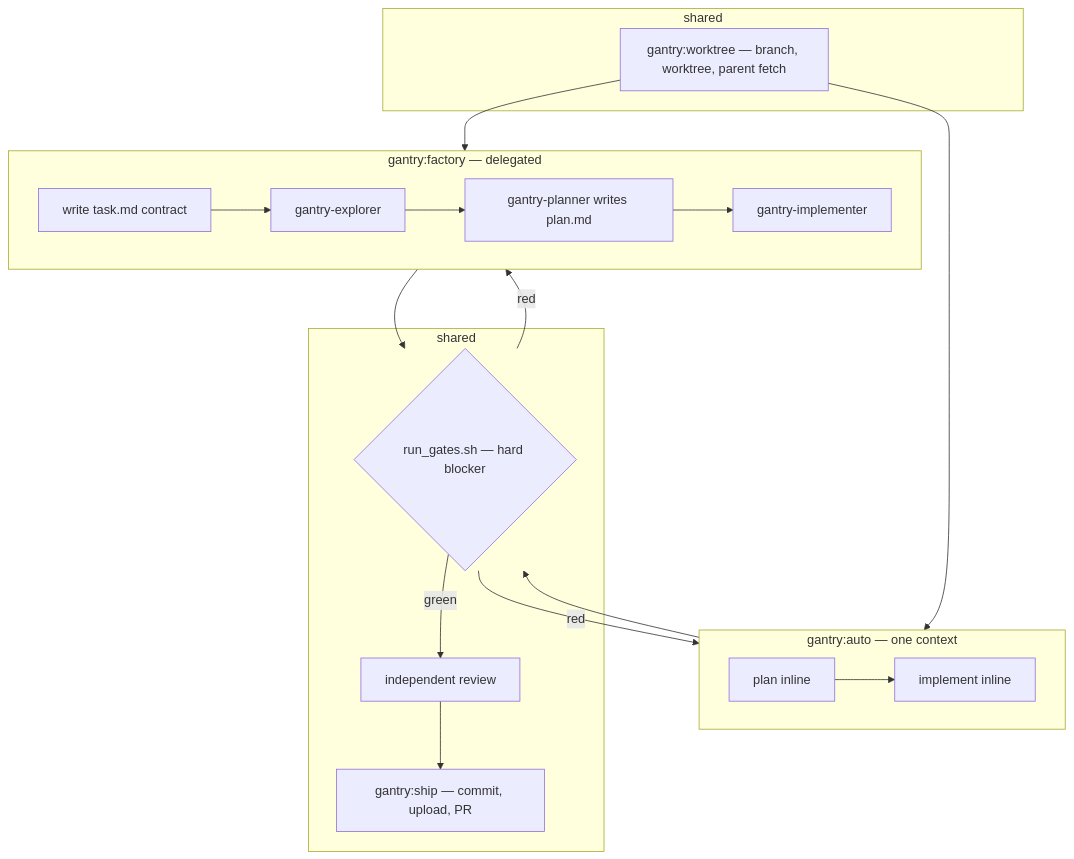
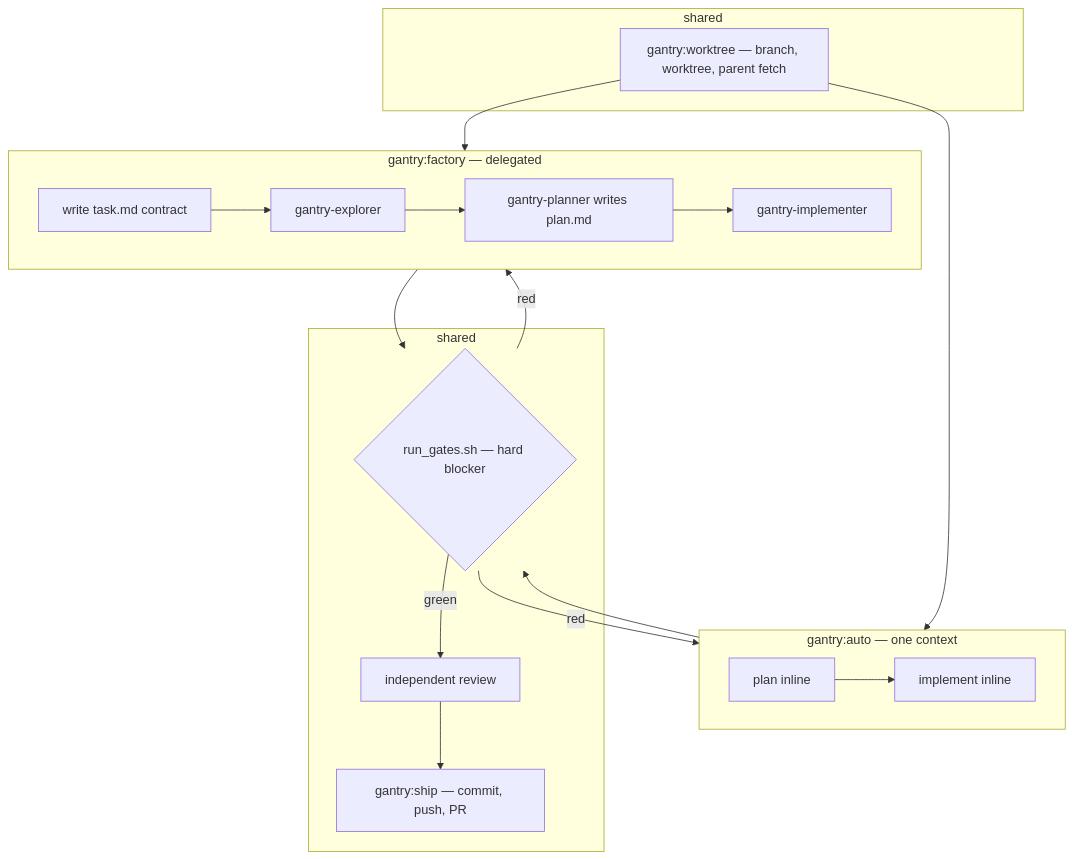
Before and after one commit to kostya-epifanov/claude-gantry: the first of 2 diagrams in docs/ARCHITECTURE.md, drawn with Mermaid. The commit also changed other lines of this file and 19 other files, not shown here.

````diff
--- a/docs/ARCHITECTURE.md
+++ b/docs/ARCHITECTURE.md
@@ -36,26 +36,26 @@
 ```mermaid
 flowchart TB
   subgraph shared1 ["shared"]
     W["gantry:worktree — branch, worktree, parent fetch"]
   end
   subgraph autog ["gantry:auto — one context"]
     A1["plan inline"] --> A2["implement inline"]
   end
   subgraph fac ["gantry:factory — delegated"]
     F0["write task.md contract"] --> F1["gantry-explorer"]
     F1 --> F2["gantry-planner writes plan.md"]
     F2 --> F3["gantry-implementer"]
   end
   subgraph shared2 ["shared"]
     G{"run_gates.sh — hard blocker"}
     R["independent review"]
-    S["gantry:ship — commit, upload, PR"]
+    S["gantry:ship — commit, push, PR"]
   end
   W --> autog
   W --> fac
   autog --> G
   fac --> G
   G -- "red" --> autog
   G -- "red" --> fac
   G -- "green" --> R --> S
 ```
````
